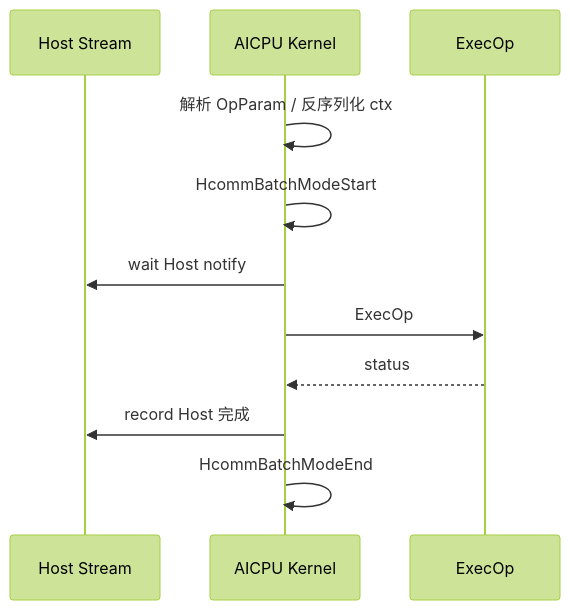
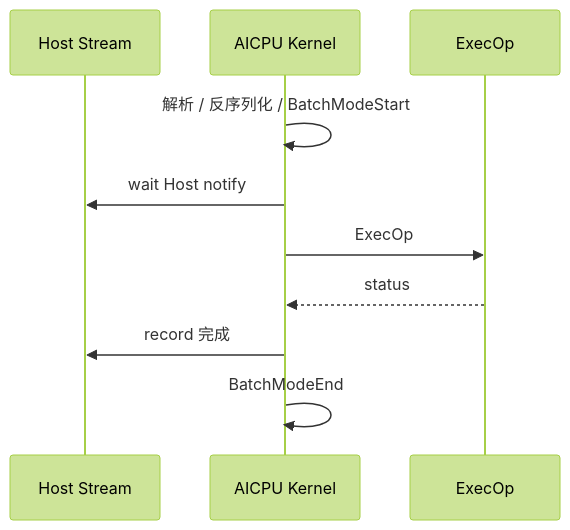
One commit to qingshangyan12/my_code changed the fourth of 4 diagrams in docs/aicpu_custom_communication_op_design.md. Above: the diagram before and after it, drawn with Mermaid (forest theme). The commit also changed other lines of this file, not shown here.

````diff
--- a/docs/aicpu_custom_communication_op_design.md
+++ b/docs/aicpu_custom_communication_op_design.md
@@ -424,14 +302,13 @@
 ```mermaid
 sequenceDiagram
     participant H as Host Stream
     participant K as AICPU Kernel
     participant E as ExecOp
 
-    K->>K: 解析 OpParam / 反序列化 ctx
-    K->>K: HcommBatchModeStart
+    K->>K: 解析 / 反序列化 / BatchModeStart
     K->>H: wait Host notify
     K->>E: ExecOp
     E-->>K: status
-    K->>H: record Host 完成
-    K->>K: HcommBatchModeEnd
+    K->>H: record 完成
+    K->>K: BatchModeEnd
 ```
````
